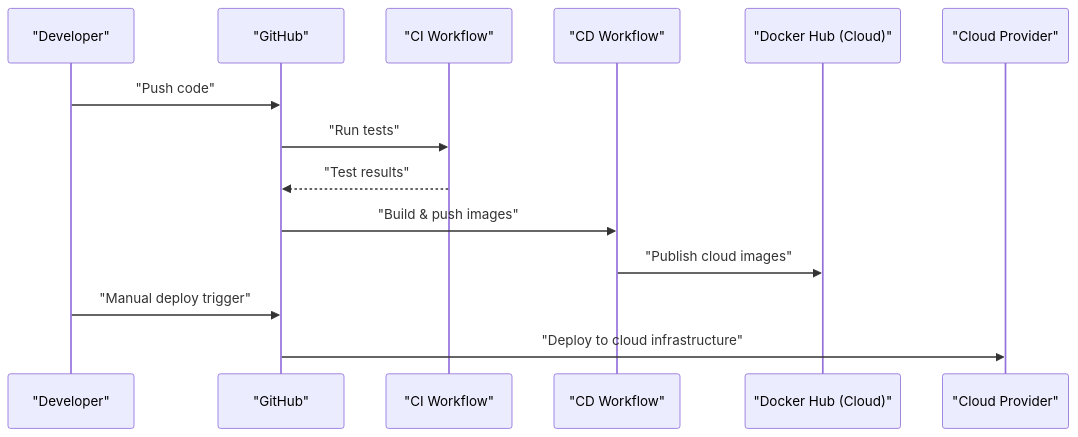
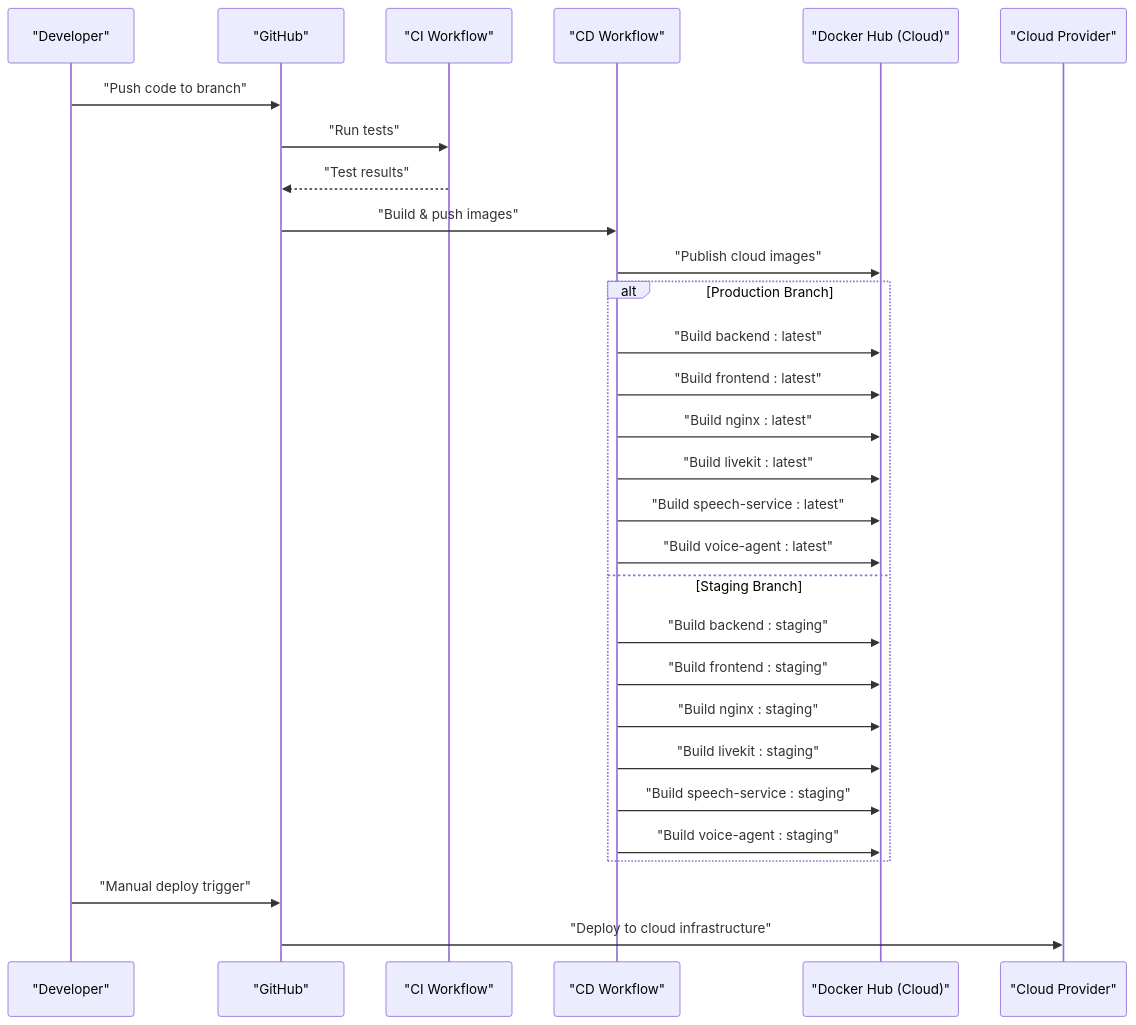
One commit to Revanththetalogics/aireume changed diagram 15 of 15 in .qoder/repowiki/en/content/Deployment & DevOps/Deployment & DevOps.md. Above: the diagram before and after it, drawn with Mermaid. The commit also changed other lines of this file and 9 other files, not shown here.

First line of the commit message:
fix: staging migration crash + preserve production volumes

````diff
--- a/.qoder/repowiki/en/content/Deployment & DevOps/Deployment & DevOps.md
+++ b/.qoder/repowiki/en/content/Deployment & DevOps/Deployment & DevOps.md
@@ -815,16 +991,31 @@
 ```mermaid
 sequenceDiagram
 participant Dev as "Developer"
 participant GH as "GitHub"
 participant CI as "CI Workflow"
 participant CD as "CD Workflow"
 participant Hub as "Docker Hub (Cloud)"
 participant Cloud as "Cloud Provider"
-Dev->>GH : "Push code"
+Dev->>GH : "Push code to branch"
 GH->>CI : "Run tests"
 CI-->>GH : "Test results"
 GH->>CD : "Build & push images"
 CD->>Hub : "Publish cloud images"
+alt Production Branch
+CD->>Hub : "Build backend : latest"
+CD->>Hub : "Build frontend : latest"
+CD->>Hub : "Build nginx : latest"
+CD->>Hub : "Build livekit : latest"
+CD->>Hub : "Build speech-service : latest"
+CD->>Hub : "Build voice-agent : latest"
+else Staging Branch
+CD->>Hub : "Build backend : staging"
+CD->>Hub : "Build frontend : staging"
+CD->>Hub : "Build nginx : staging"
+CD->>Hub : "Build livekit : staging"
+CD->>Hub : "Build speech-service : staging"
+CD->>Hub : "Build voice-agent : staging"
+end
 Dev->>GH : "Manual deploy trigger"
 GH->>Cloud : "Deploy to cloud infrastructure"
 ```
````
